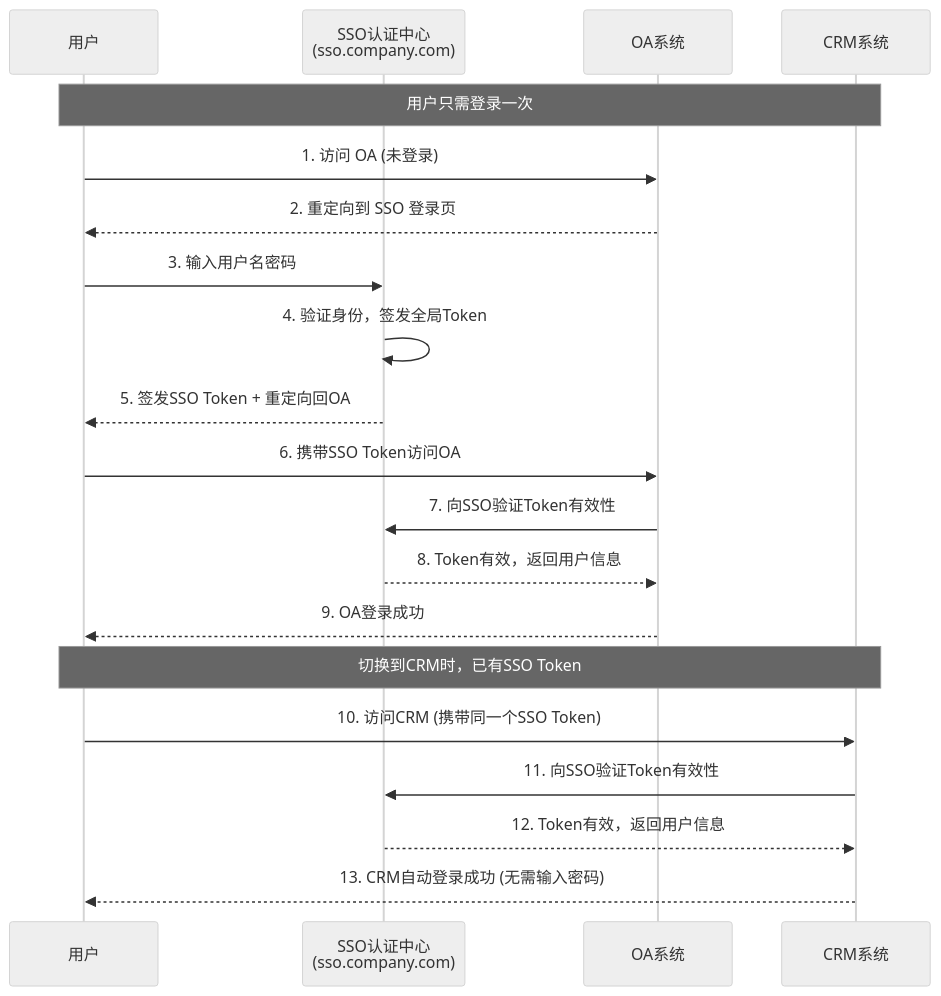
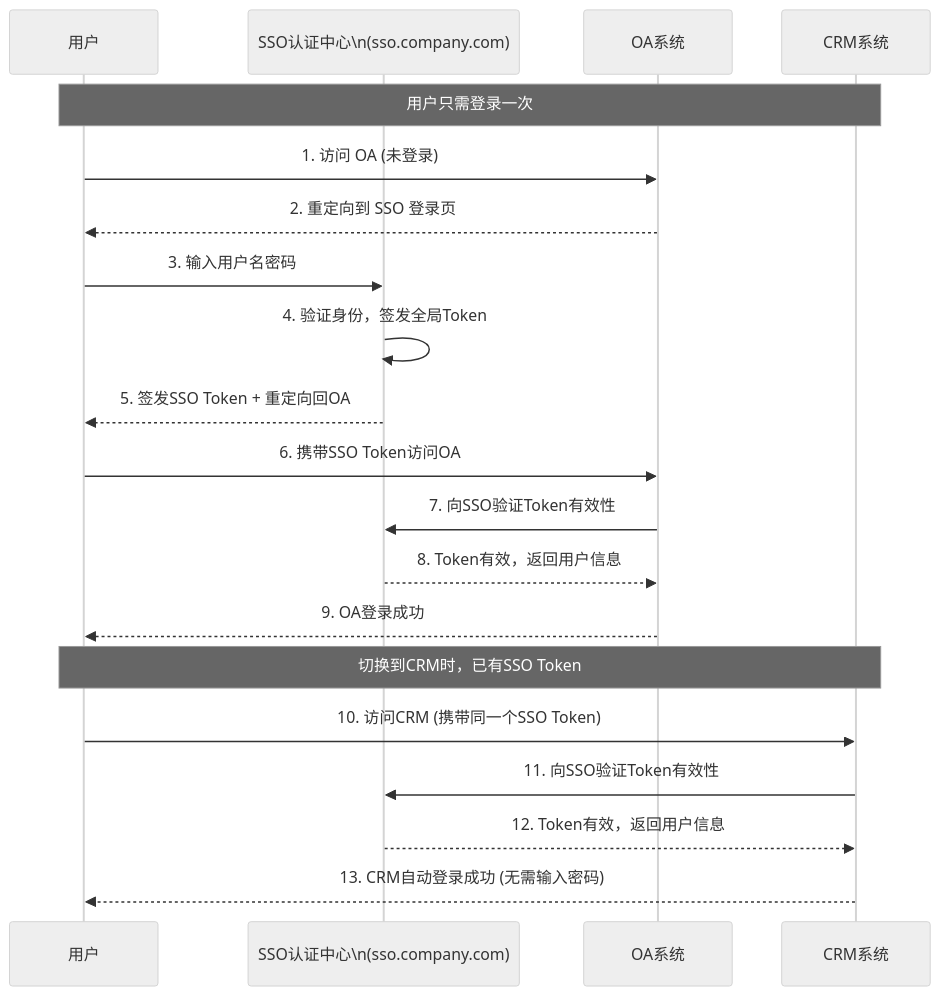
Before and after one commit to yaocat55/yaocat55.github.io: the second of 12 diagrams in content/posts/springsecurity/SsoVsJwtRedisAuth.md, drawn with Mermaid (neutral theme). The commit also changed other lines of this file and 155 other files, not shown here.

````diff
--- a/content/posts/springsecurity/SsoVsJwtRedisAuth.md
+++ b/content/posts/springsecurity/SsoVsJwtRedisAuth.md
@@ -84,27 +84,27 @@
 ```mermaid
 sequenceDiagram
     participant U as 用户
-    participant SSO as SSO认证中心<br/>(sso.company.com)
+    participant SSO as SSO认证中心\n(sso.company.com)
     participant OA as OA系统
     participant CRM as CRM系统
 
     Note over U,CRM: 用户只需登录一次
 
     U->>OA: 1. 访问 OA (未登录)
     OA-->>U: 2. 重定向到 SSO 登录页
 
     U->>SSO: 3. 输入用户名密码
     SSO->>SSO: 4. 验证身份，签发全局Token
     SSO-->>U: 5. 签发SSO Token + 重定向回OA
     U->>OA: 6. 携带SSO Token访问OA
     OA->>SSO: 7. 向SSO验证Token有效性
     SSO-->>OA: 8. Token有效，返回用户信息
     OA-->>U: 9. OA登录成功
 
     Note over U,CRM: 切换到CRM时，已有SSO Token
 
     U->>CRM: 10. 访问CRM (携带同一个SSO Token)
     CRM->>SSO: 11. 向SSO验证Token有效性
     SSO-->>CRM: 12. Token有效，返回用户信息
     CRM-->>U: 13. CRM自动登录成功 (无需输入密码)
 ```
````
